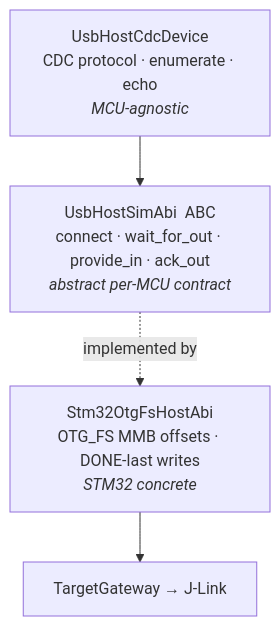
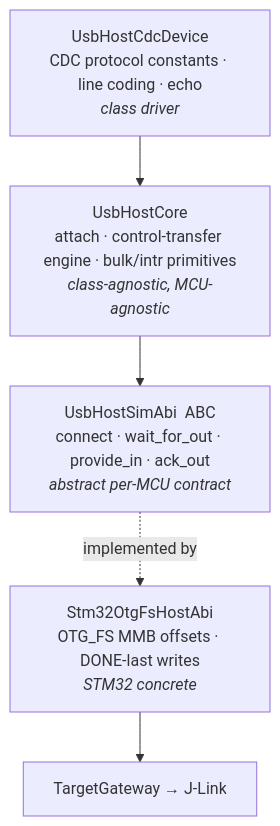
The fourth of 6 diagrams in docs/arch/peripheral-simulation-backend-architecture.md (hassan17771/bachelor-io-server), drawn with Mermaid before and after one commit. The commit also changed other lines of this file and 1 other file, not shown here.

First line of the commit message:
Refresh the architecture doc for the new USB tree (Task 5.1)

````diff
--- a/docs/arch/peripheral-simulation-backend-architecture.md
+++ b/docs/arch/peripheral-simulation-backend-architecture.md
@@ -117,11 +124,12 @@
 ```mermaid
 flowchart TD
-    CDC[UsbHostCdcDevice<br/>CDC protocol · enumerate · echo<br/><i>MCU-agnostic</i>]
+    CDC[UsbHostCdcDevice<br/>CDC protocol constants · line coding · echo<br/><i>class driver</i>]
+    CORE[UsbHostCore<br/>attach · control-transfer engine · bulk/intr primitives<br/><i>class-agnostic, MCU-agnostic</i>]
     ABI[UsbHostSimAbi  ABC<br/>connect · wait_for_out · provide_in · ack_out<br/><i>abstract per-MCU contract</i>]
     OTG[Stm32OtgFsHostAbi<br/>OTG_FS MMB offsets · DONE-last writes<br/><i>STM32 concrete</i>]
     GW[TargetGateway → J-Link]
 
-    CDC --> ABI
+    CDC --> CORE --> ABI
     ABI -.implemented by.-> OTG
     OTG --> GW
 ```
````
